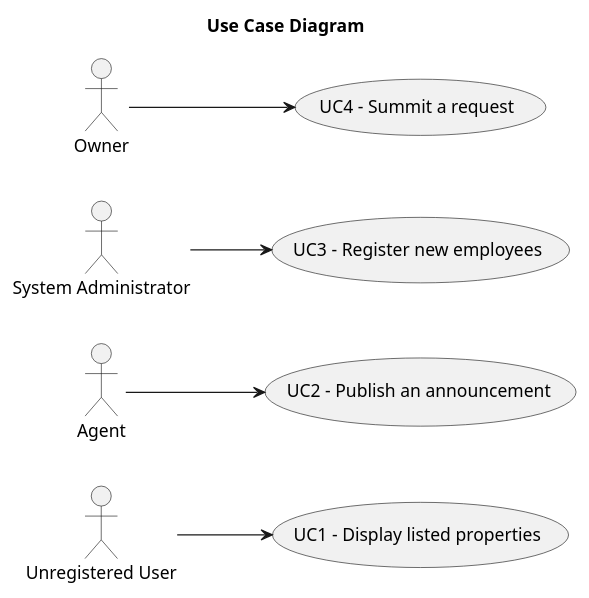
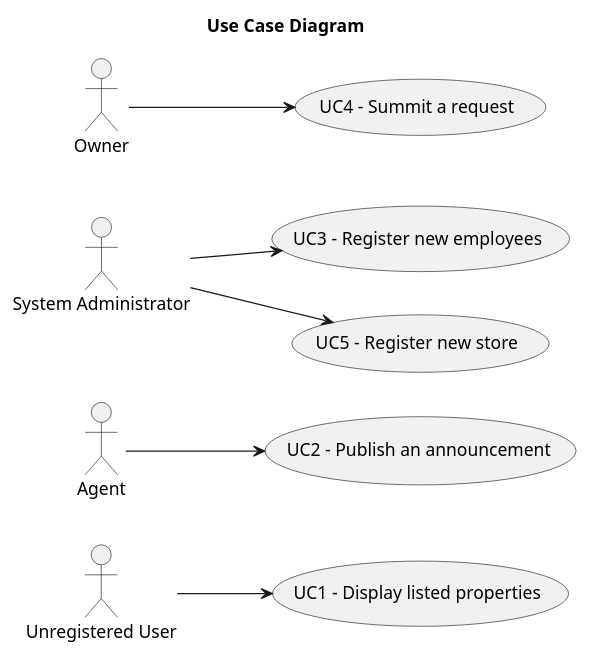
The diagram in docs/sprintA/global-artifacts/01.requirements-engineering/puml/use-case-diagram.puml (rita-barbosa/LAPR2-2223), drawn with PlantUML before and after one commit. The commit also changed 8 other files, not shown here.

Commit message:
Update of the Use Case Diagram (UCD)

```diff
--- a/docs/sprintA/global-artifacts/01.requirements-engineering/puml/use-case-diagram.puml
+++ b/docs/sprintA/global-artifacts/01.requirements-engineering/puml/use-case-diagram.puml
@@ -1,23 +1,25 @@
 @startuml
 'skinparam monochrome true
 skinparam packageStyle rectangle
 'skinparam shadowing false
 
 skinparam rectangle{
     BorderColor yellow
 }
 
 title Use Case Diagram
 
 left to right direction
 
     usecase "UC1 - Display listed properties" as UC1
         "Unregistered User" --> UC1
     usecase "UC2 - Publish an announcement" as UC2
         "Agent" --> UC2
     usecase "UC3 - Register new employees" as UC3
         "System Administrator" --> UC3
+    usecase "UC5 - Register new store" as UC5
+        "System Administrator" --> UC5
      usecase "UC4 - Summit a request" as UC4
          "Owner" --> UC4
 
 @enduml
```
